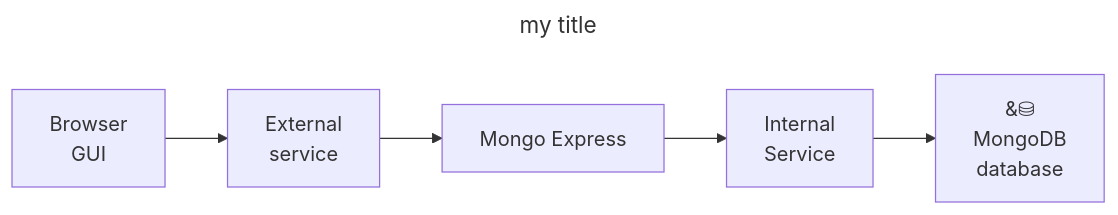
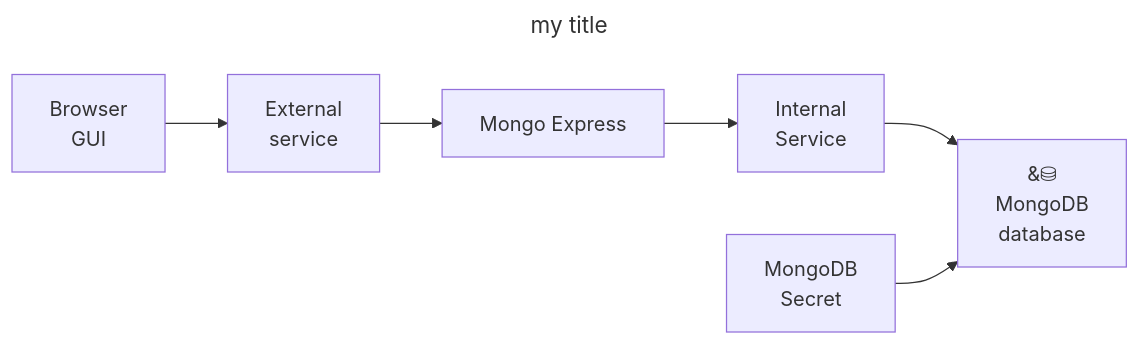
The diagram in README.md (J-sephB-lt-n/mongodb-with-admin-gui-in-k8s), drawn with Mermaid before and after one commit. The commit also changed other lines of this file and 2 other files, not shown here.

Commit message:
feat(configs/mongo-express.yaml): finished mongo-express deployment

````diff
--- a/README.md
+++ b/README.md
@@ -6,10 +6,11 @@
 ```mermaid
 ---
 title: "my title"
 ---
 flowchart LR 
     A["Browser<br>GUI"] --> B["External<br>service"]
     B --> C["Mongo Express"]
     C --> D["Internal<br>Service"]
     D --> E["<span>&#9921;</span><br>MongoDB<br>database"]
+    F["MongoDB<br>Secret<br>"] --> E
 ```
````
